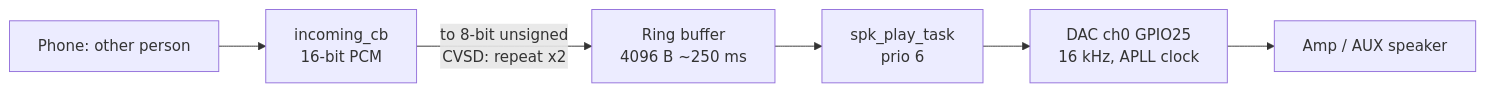
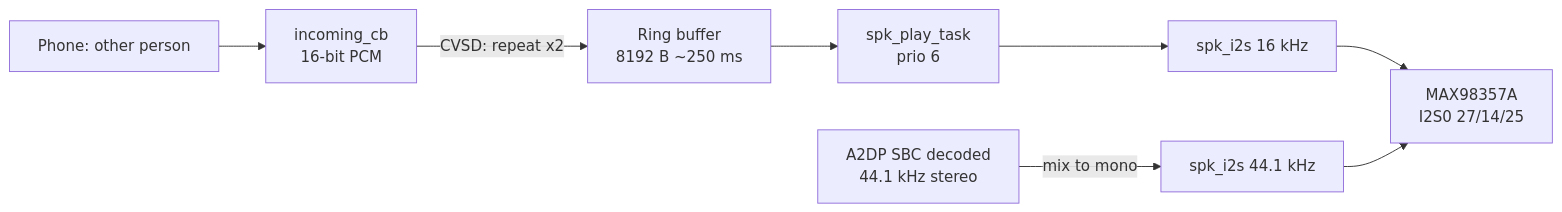
Before and after one commit to arjunevaibhavpatil1434-alt/esp32-freertos: the sixth of 8 diagrams in docs/PROJECT_GUIDE.md, drawn with Mermaid. The commit also changed other lines of this file and 2 other files, not shown here.

First line of the commit message:
docs: MAX98357A wiring, touch pad, hfp_mic_test as a product

````diff
--- a/docs/PROJECT_GUIDE.md
+++ b/docs/PROJECT_GUIDE.md
@@ -469,8 +520,10 @@
 ```mermaid
 flowchart LR
     P[Phone: other person] --> I[incoming_cb<br/>16-bit PCM]
-    I -->|to 8-bit unsigned<br/>CVSD: repeat x2| Q[Ring buffer<br/>4096 B ~250 ms]
+    I -->|CVSD: repeat x2| Q[Ring buffer<br/>8192 B ~250 ms]
     Q --> T[spk_play_task<br/>prio 6]
-    T --> A[DAC ch0 GPIO25<br/>16 kHz, APLL clock]
-    A --> S[Amp / AUX speaker]
+    T --> S[spk_i2s 16 kHz]
+    A[A2DP SBC decoded<br/>44.1 kHz stereo] -->|mix to mono| S2[spk_i2s 44.1 kHz]
+    S --> AMP[MAX98357A<br/>I2S0 27/14/25]
+    S2 --> AMP
 ```
````
